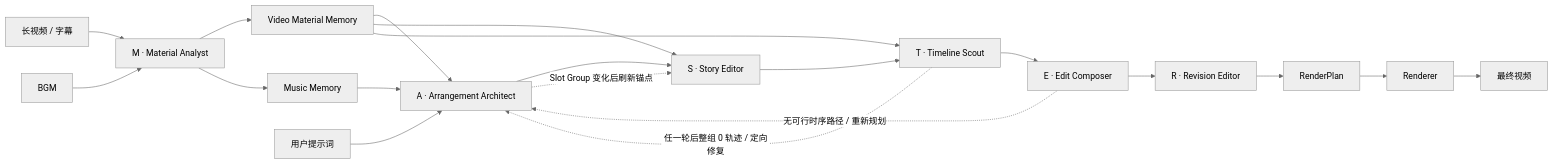
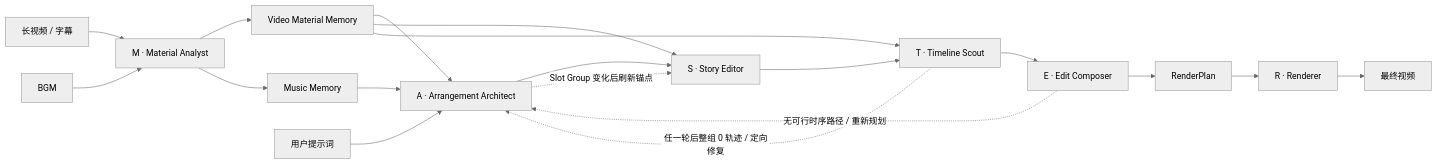
One commit to hit-felix-chen/CutMaster changed the diagram in README.md. Above: the diagram before and after it, drawn with Mermaid (neutral theme). The commit also changed other lines of this file and 57 other files, not shown here.

Commit message:
CutMaster v2.0, remove Revision Editor

````diff
--- a/README.md
+++ b/README.md
@@ -64,24 +66,23 @@
 ```mermaid
 flowchart LR
     V["长视频 / 字幕"] --> M["M · Material Analyst"]
     B["BGM"] --> M
     M --> VM["Video Material Memory"]
     M --> MU["Music Memory"]
 
     P["用户提示词"] --> A["A · Arrangement Architect"]
     VM --> A
     MU --> A
     A --> S["S · Story Editor"]
     VM --> S
     S --> T["T · Timeline Scout"]
     VM --> T
     T --> E["E · Edit Composer"]
-    E --> R["R · Revision Editor"]
-    R --> RP["RenderPlan"]
-    RP --> RD["Renderer"]
+    E --> RP["RenderPlan"]
+    RP --> RD["R · Renderer"]
     RD --> O["最终视频"]
 
     T -. "任一轮后整组 0 轨迹 / 定向修复" .-> A
     E -. "无可行时序路径 / 重新规划" .-> A
     A -. "Slot Group 变化后刷新锚点" .-> S
 ```
````
